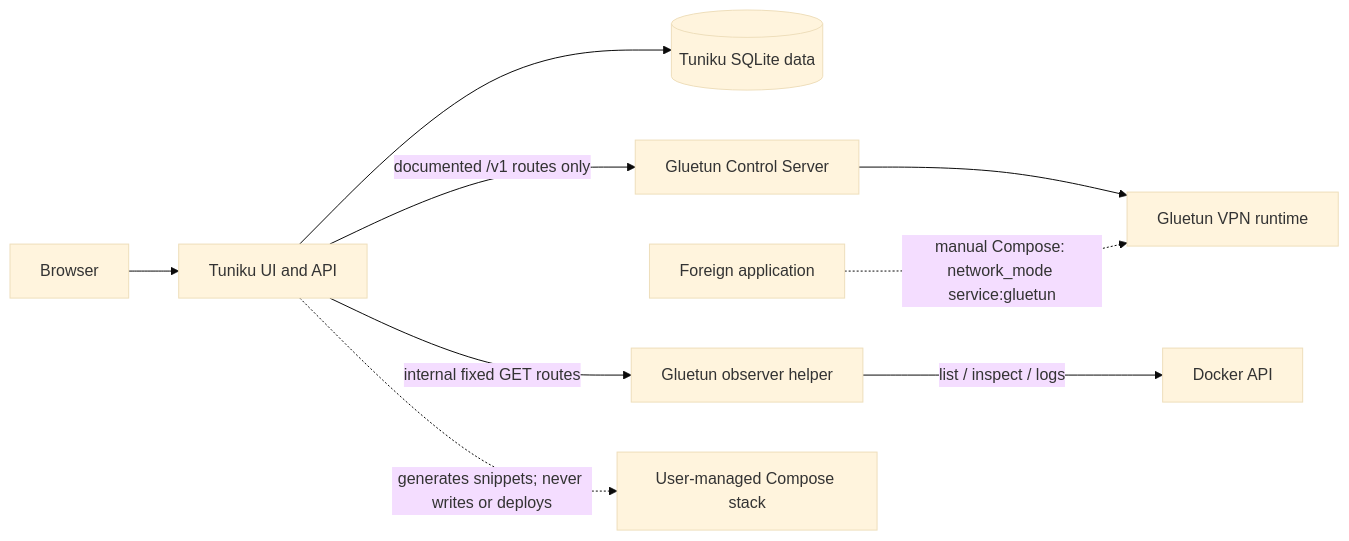
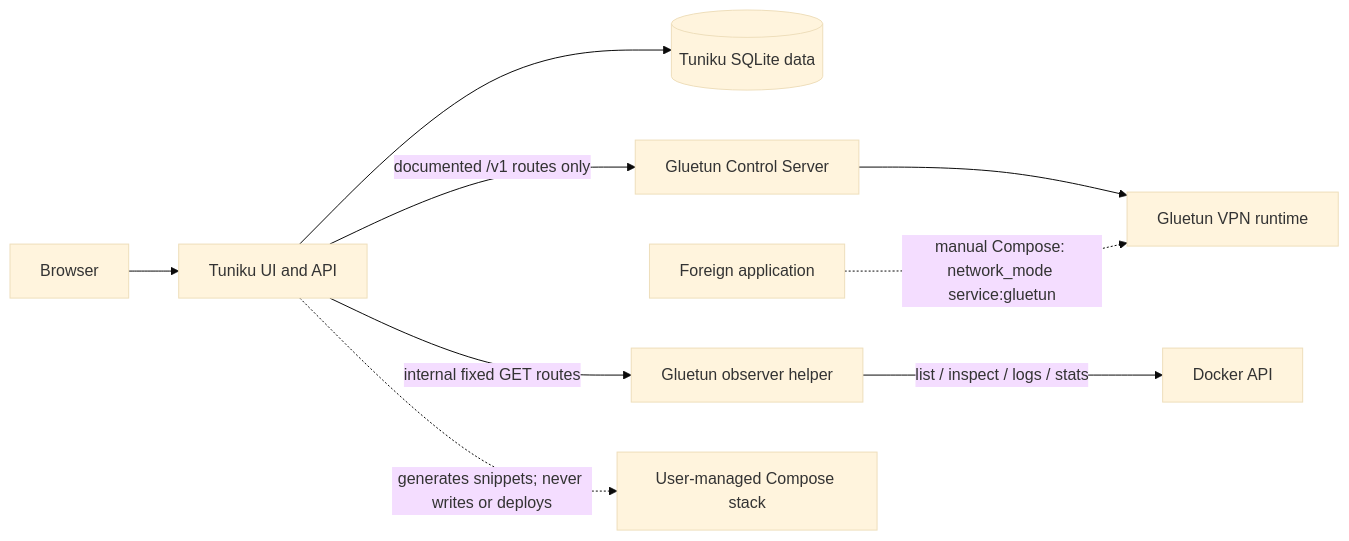
The diagram in README.md (MaroIshiku/tuniku), drawn with Mermaid (base theme) before and after one commit. The commit also changed other lines of this file and 17 other files, not shown here.

````diff
--- a/README.md
+++ b/README.md
@@ -82,11 +85,11 @@
 ```mermaid
 flowchart LR
     B["Browser"] --> T["Tuniku UI and API"]
     T --> D[("Tuniku SQLite data")]
     T -->|"documented /v1 routes only"| G["Gluetun Control Server"]
     T -->|"internal fixed GET routes"| O["Gluetun observer helper"]
-    O -->|"list / inspect / logs"| X["Docker API"]
+    O -->|"list / inspect / logs / stats"| X["Docker API"]
     G --> V["Gluetun VPN runtime"]
     A["Foreign application"] -. "manual Compose: network_mode service:gluetun" .-> V
     T -. "generates snippets; never writes or deploys" .-> C["User-managed Compose stack"]
 ```
````
